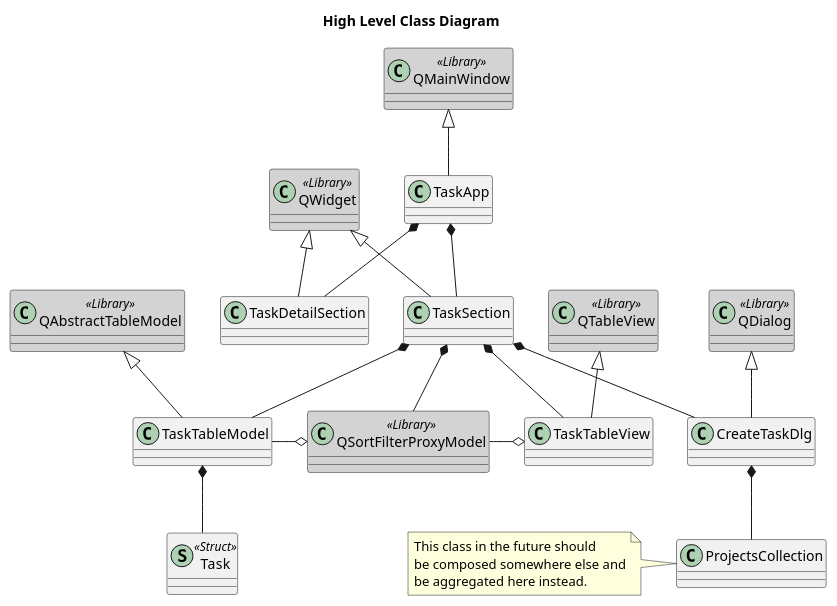
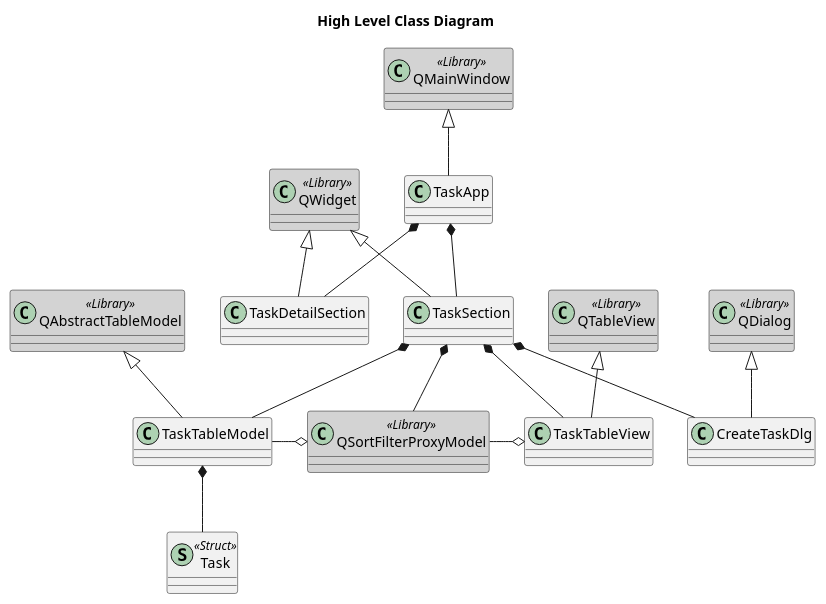
Before and after one commit to campbellmbrown/task-app: the diagram in docs/high_level_class_diagram.puml, drawn with PlantUML. The commit also changed 24 other files, not shown here.

Commit message:
#21 Create task dlg now using projects

```diff
--- a/docs/high_level_class_diagram.puml
+++ b/docs/high_level_class_diagram.puml
@@ -1,54 +1,45 @@
 @startuml High Level Class Diagram
 
 title High Level Class Diagram
 
 skinparam class {
     BackgroundColor<<Library>> LightGray
 }
 skinparam spotChar<<Struct>> S
 
 class QAbstractTableModel <<Library>>
 class QDialog <<Library>>
 class QMainWindow <<Library>>
 class QTableView <<Library>>
 class QWidget <<Library>>
 class QSortFilterProxyModel <<Library>>
 
 class TaskApp
 class CreateTaskDlg
 class TaskDetailSection
 class TaskSection
 class TaskTableView
 class TaskTableModel
-class ProjectsCollection
 class Task <<Struct>>
 
 QMainWindow <|-- TaskApp
 QWidget <|-- TaskSection
 QWidget <|-- TaskDetailSection
 QTableView <|-- TaskTableView
 QDialog <|-- CreateTaskDlg
 QAbstractTableModel <|-- TaskTableModel
 
 TaskApp *-- TaskDetailSection
 TaskApp *-- TaskSection
 
 TaskSection *-- TaskTableView
 TaskSection *-- TaskTableModel
 TaskSection *-- CreateTaskDlg
 TaskSection *-- QSortFilterProxyModel
 
 QSortFilterProxyModel -o TaskTableView
 TaskTableModel -o QSortFilterProxyModel
 
 TaskTableModel *-- Task
 
-CreateTaskDlg *-- ProjectsCollection
-
-note left of ProjectsCollection
-    This class in the future should
-    be composed somewhere else and
-    be aggregated here instead.
-end note
-
 @enduml
```
